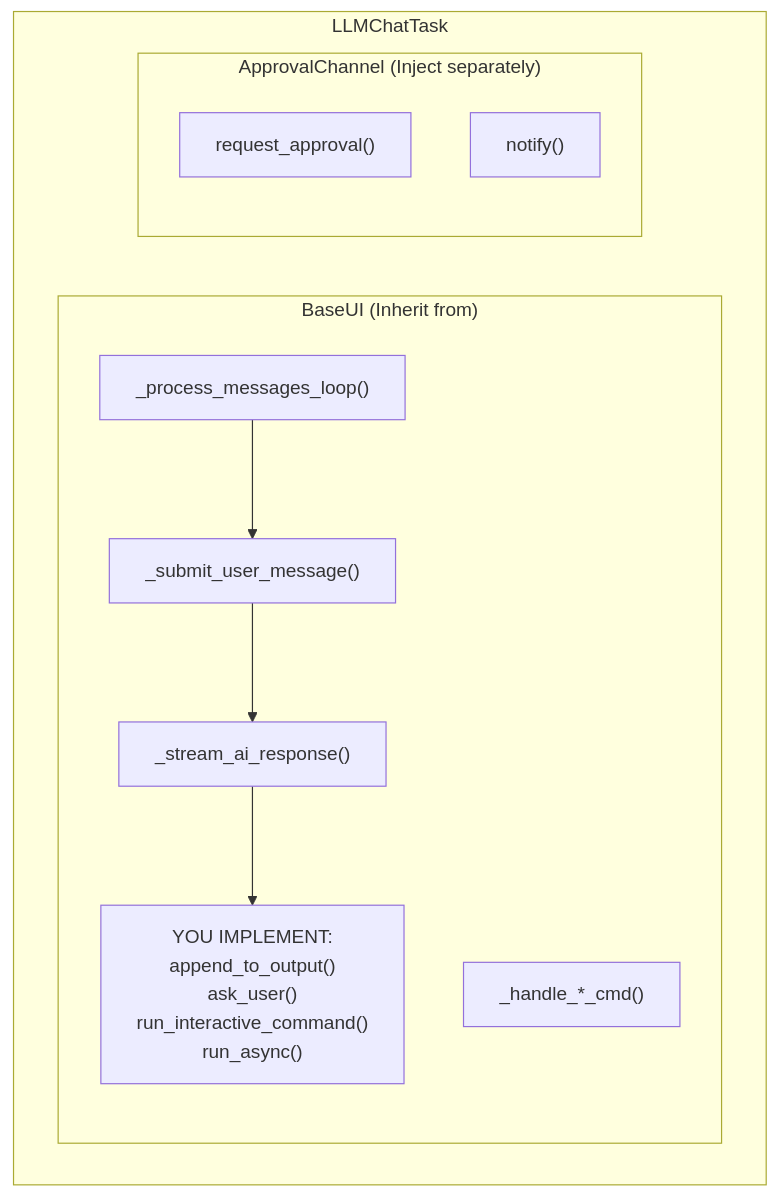
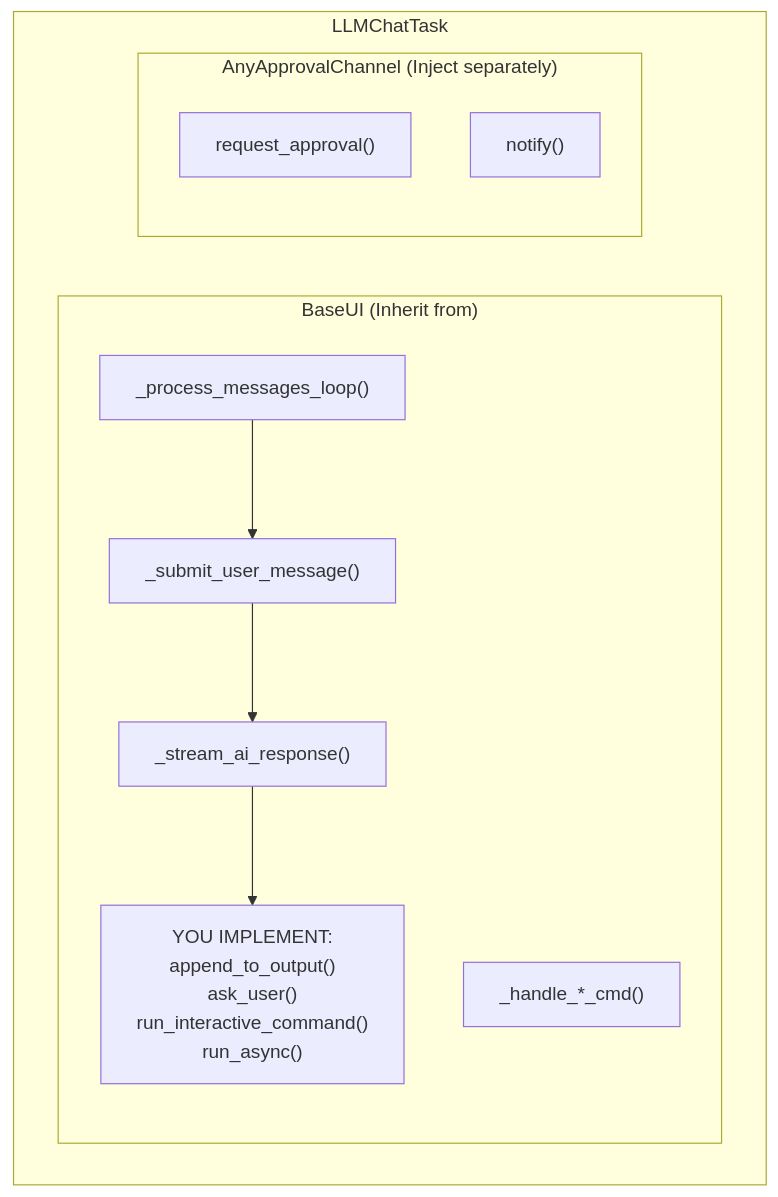
The fourth of 5 diagrams in docs/advanced-topics/llm-custom-ui.md (state-alchemists/zrb), drawn with Mermaid before and after one commit. The commit also changed other lines of this file and 48 other files, not shown here.

````diff
--- a/docs/advanced-topics/llm-custom-ui.md
+++ b/docs/advanced-topics/llm-custom-ui.md
@@ -531,19 +556,19 @@
 ```mermaid
 flowchart TB
     subgraph LLMChatTask["LLMChatTask"]
         subgraph BaseUI["BaseUI (Inherit from)"]
             ProcLoop["_process_messages_loop()"]
             Submit["_submit_user_message()"]
             Stream["_stream_ai_response()"]
             Handle["_handle_*_cmd()"]
             Impl["YOU IMPLEMENT:\nappend_to_output()\nask_user()\nrun_interactive_command()\nrun_async()"]
         end
 
-        subgraph ApprovalChannel["ApprovalChannel (Inject separately)"]
+        subgraph ApprovalChannel["AnyApprovalChannel (Inject separately)"]
             Request["request_approval()"]
             Notify["notify()"]
         end
 
         ProcLoop --> Submit --> Stream --> Impl
     end
 ```
````
